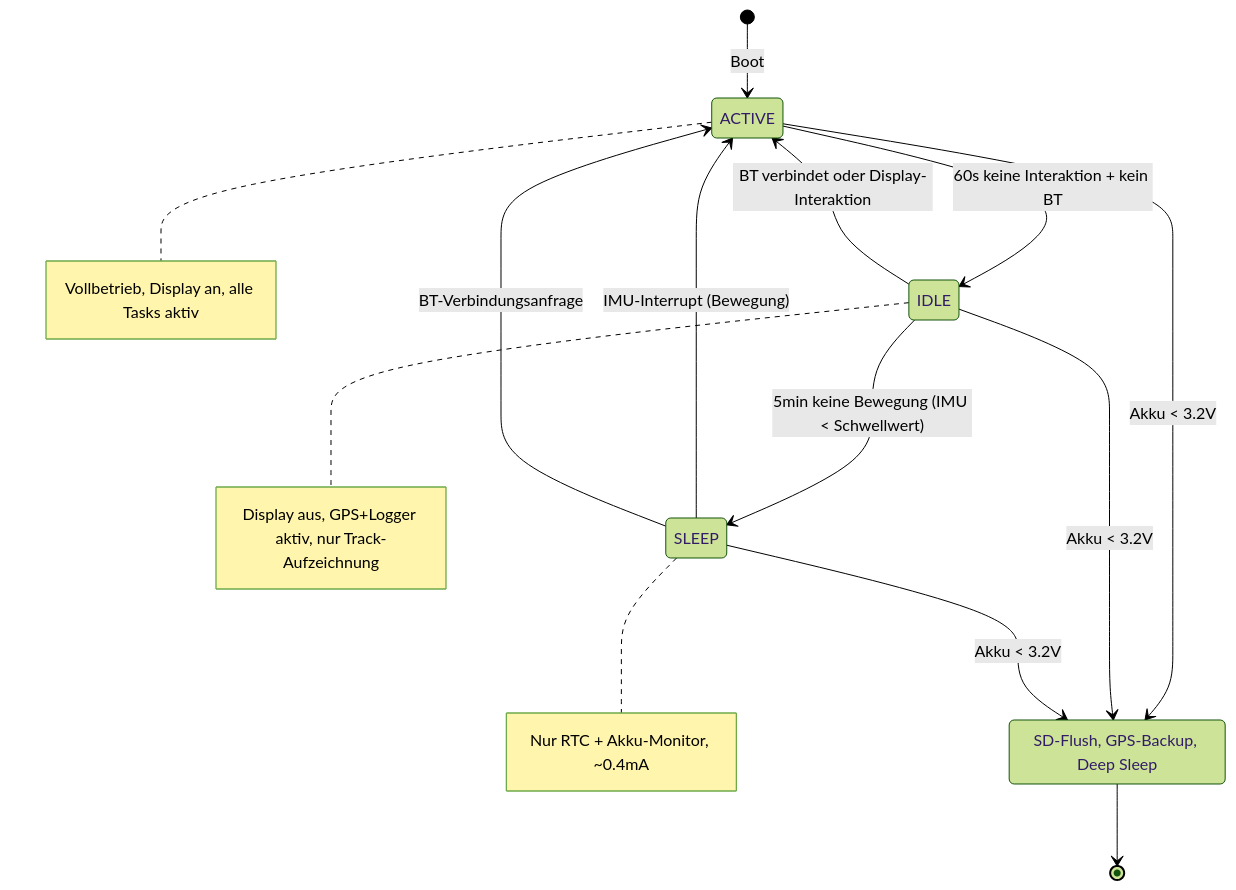
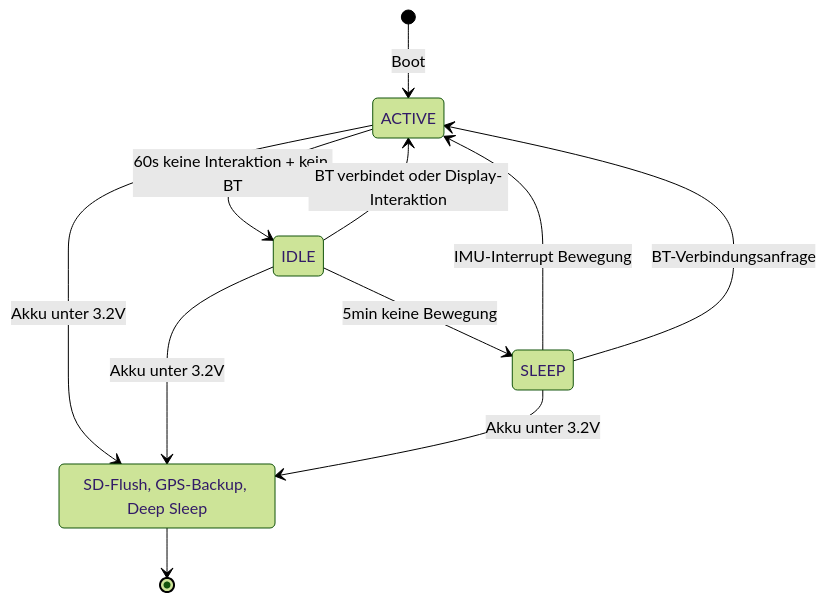
Before and after one commit to TitoPrausee/transalp-bordcomputer: the third of 4 diagrams in README.md, drawn with Mermaid (forest theme). The commit also changed other lines of this file, not shown here.

Commit message:
Fix: rewrite all Mermaid blocks — no parens/special chars in labels

````diff
--- a/README.md
+++ b/README.md
@@ -197,22 +197,18 @@
 ```mermaid
 stateDiagram-v2
     [*] --> ACTIVE: Boot
 
     ACTIVE --> IDLE: 60s keine Interaktion + kein BT
     IDLE --> ACTIVE: BT verbindet oder Display-Interaktion
-    IDLE --> SLEEP: 5min keine Bewegung (IMU < Schwellwert)
+    IDLE --> SLEEP: 5min keine Bewegung
 
-    SLEEP --> ACTIVE: IMU-Interrupt (Bewegung)
+    SLEEP --> ACTIVE: IMU-Interrupt Bewegung
     SLEEP --> ACTIVE: BT-Verbindungsanfrage
 
-    ACTIVE --> SHUTDOWN: Akku < 3.2V
-    IDLE --> SHUTDOWN: Akku < 3.2V
-    SLEEP --> SHUTDOWN: Akku < 3.2V
+    ACTIVE --> SHUTDOWN: Akku unter 3.2V
+    IDLE --> SHUTDOWN: Akku unter 3.2V
+    SLEEP --> SHUTDOWN: Akku unter 3.2V
 
     SHUTDOWN: SD-Flush, GPS-Backup, Deep Sleep
     SHUTDOWN --> [*]
-
-    note right of ACTIVE: Vollbetrieb, Display an, alle Tasks aktiv
-    note right of IDLE: Display aus, GPS+Logger aktiv, nur Track-Aufzeichnung
-    note right of SLEEP: Nur RTC + Akku-Monitor, ~0.4mA
 ```
````
